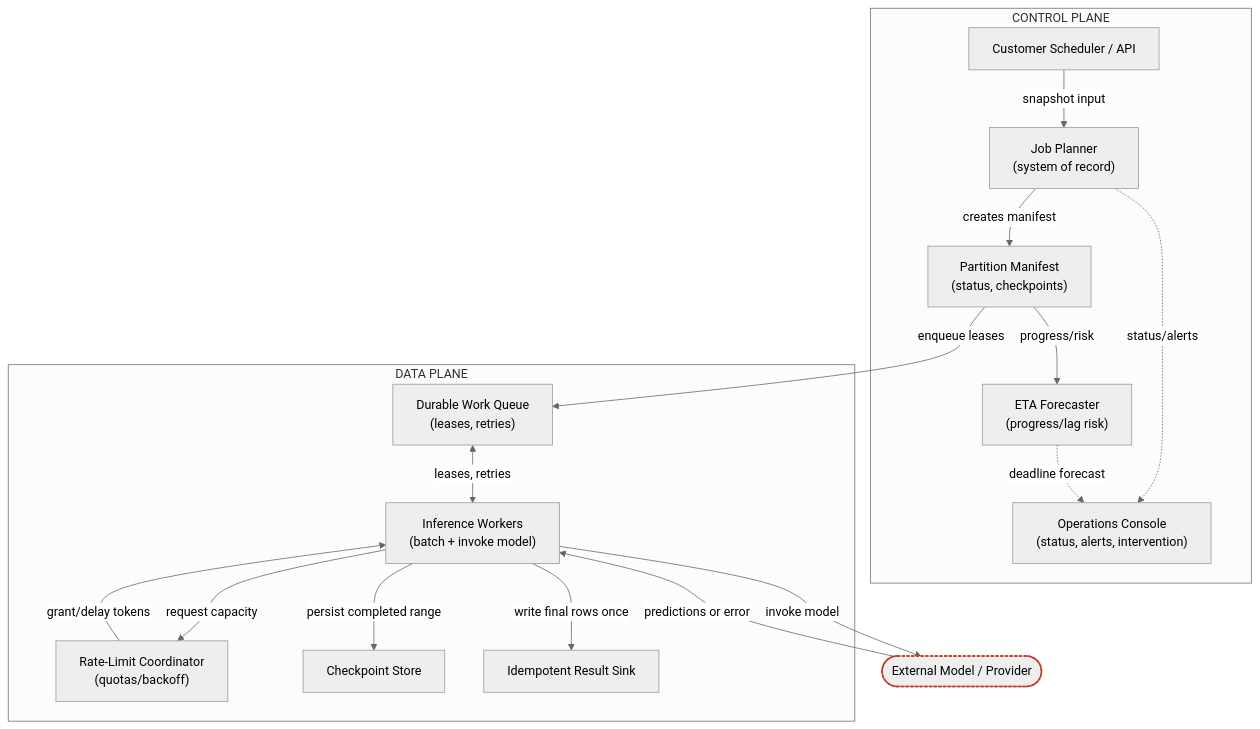
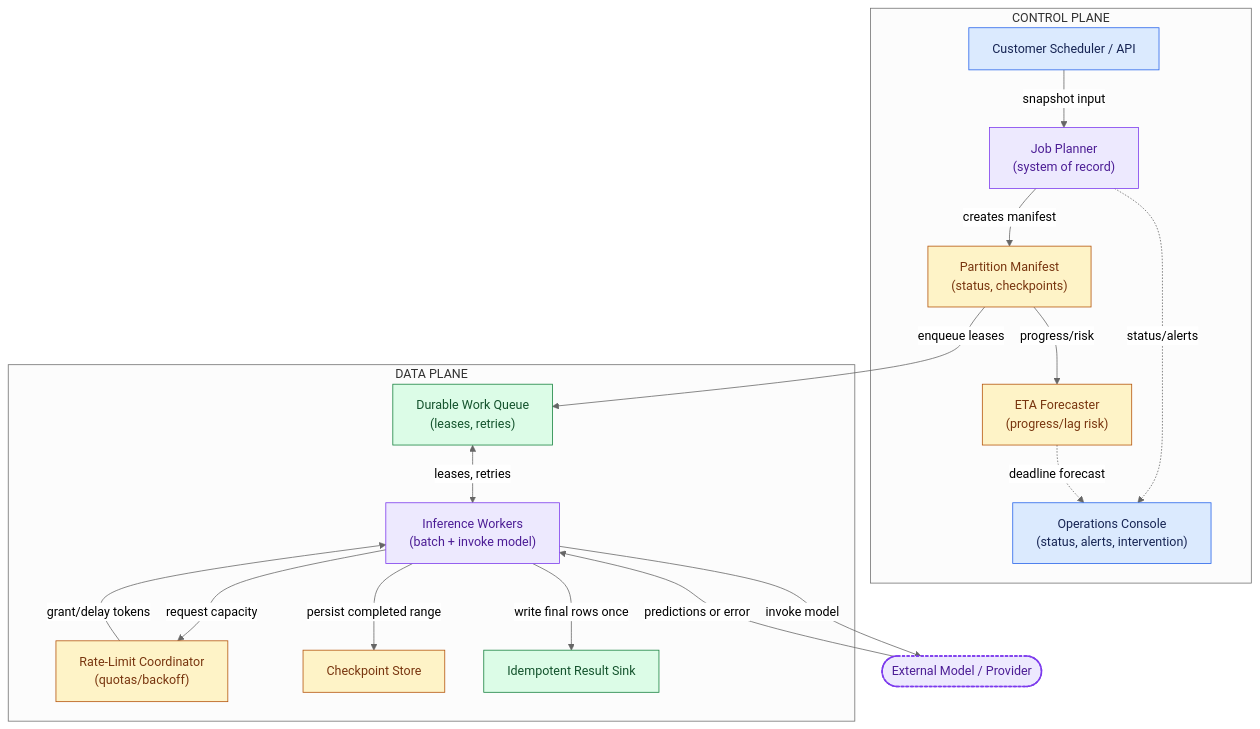
Before and after one commit to Sourav692/Forward-Deployed-Engineer-Interview-Prep: the third of 5 diagrams in site/content/modules/15-fde-case-studies/platforms-and-scale/high-volume-batch-pipeline/full-pack-part-2.md, drawn with Mermaid (neutral theme). The commit also changed other lines of this file and 1268 other files, not shown here.

First line of the commit message:
content: polish Casebook writing and Mermaid diagrams (#251)

````diff
--- a/site/content/modules/15-fde-case-studies/platforms-and-scale/high-volume-batch-pipeline/full-pack-part-2.md
+++ b/site/content/modules/15-fde-case-studies/platforms-and-scale/high-volume-batch-pipeline/full-pack-part-2.md
@@ -63,34 +103,44 @@
 ```mermaid
 flowchart TB
     subgraph CP["CONTROL PLANE"]
         API["Customer Scheduler / API"]
         Planner["Job Planner\n(system of record)"]
         Manifest["Partition Manifest\n(status, checkpoints)"]
         ETA["ETA Forecaster\n(progress/lag risk)"]
         Console["Operations Console\n(status, alerts, intervention)"]
     end
     subgraph DP["DATA PLANE"]
         Queue["Durable Work Queue\n(leases, retries)"]
         RateLimit["Rate-Limit Coordinator\n(quotas/backoff)"]
         Workers["Inference Workers\n(batch + invoke model)"]
         Checkpoint["Checkpoint Store"]
         Sink["Idempotent Result Sink"]
     end
 
     API -->|"snapshot input"| Planner
     Planner -->|"creates manifest"| Manifest
     Planner -.->|"status/alerts"| Console
     Manifest -->|"progress/risk"| ETA
     ETA -.->|"deadline forecast"| Console
     Manifest -->|"enqueue leases"| Queue
     Queue <-->|"leases, retries"| Workers
     Workers -->|"request capacity"| RateLimit
     RateLimit -->|"grant/delay tokens"| Workers
     Workers -->|"invoke model"| ExtModel(["External Model / Provider"])
     ExtModel -->|"predictions or error"| Workers
     Workers -->|"persist completed range"| Checkpoint
     Workers -->|"write final rows once"| Sink
 
     classDef trust stroke:#c0392b,stroke-width:2px,stroke-dasharray:4 2
     class ExtModel trust
+
+    %% Casebook colours: entry, reasoning, results, controls, and stopped paths.
+    classDef cbInput fill:#dbeafe,stroke:#2563eb,color:#172554
+    class API,Console cbInput
+    classDef cbReason fill:#ede9fe,stroke:#7c3aed,color:#4c1d95
+    class Planner,Workers,ExtModel cbReason
+    classDef cbPolicy fill:#fef3c7,stroke:#b45309,color:#78350f
+    class Manifest,ETA,RateLimit,Checkpoint cbPolicy
+    classDef cbAction fill:#dcfce7,stroke:#15803d,color:#14532d
+    class Queue,Sink cbAction
 ```
````
